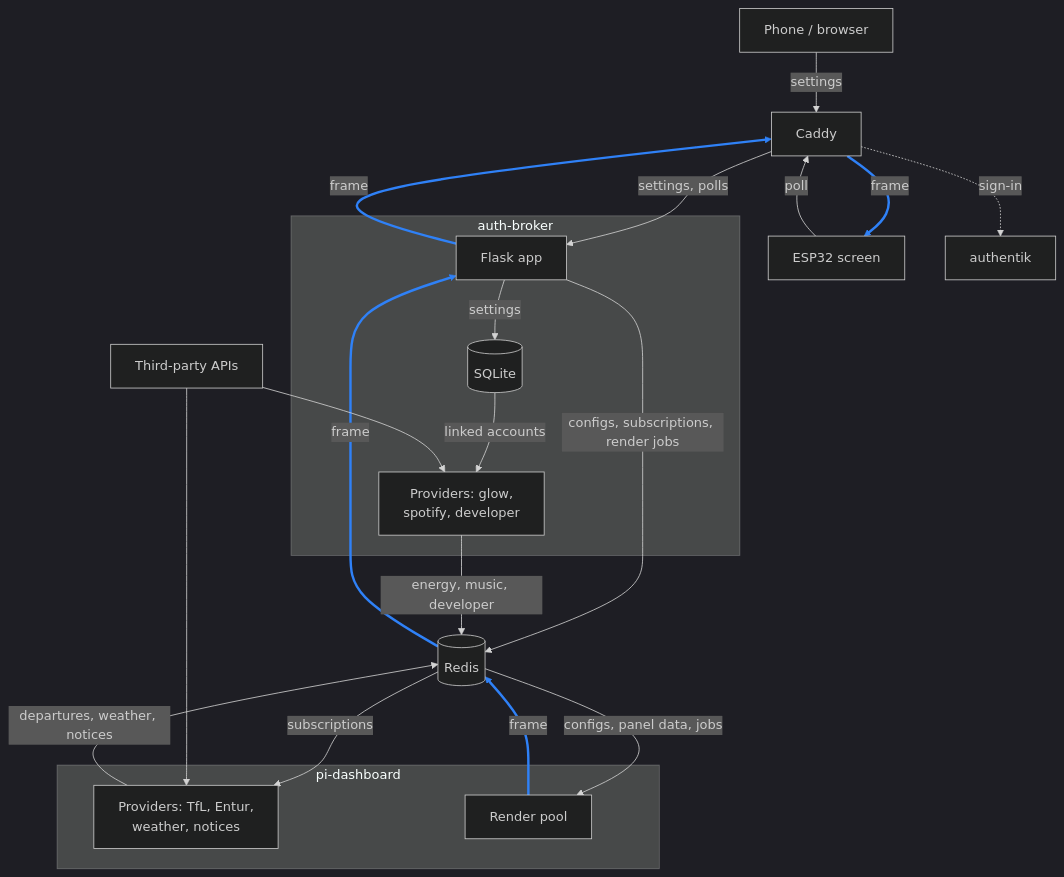
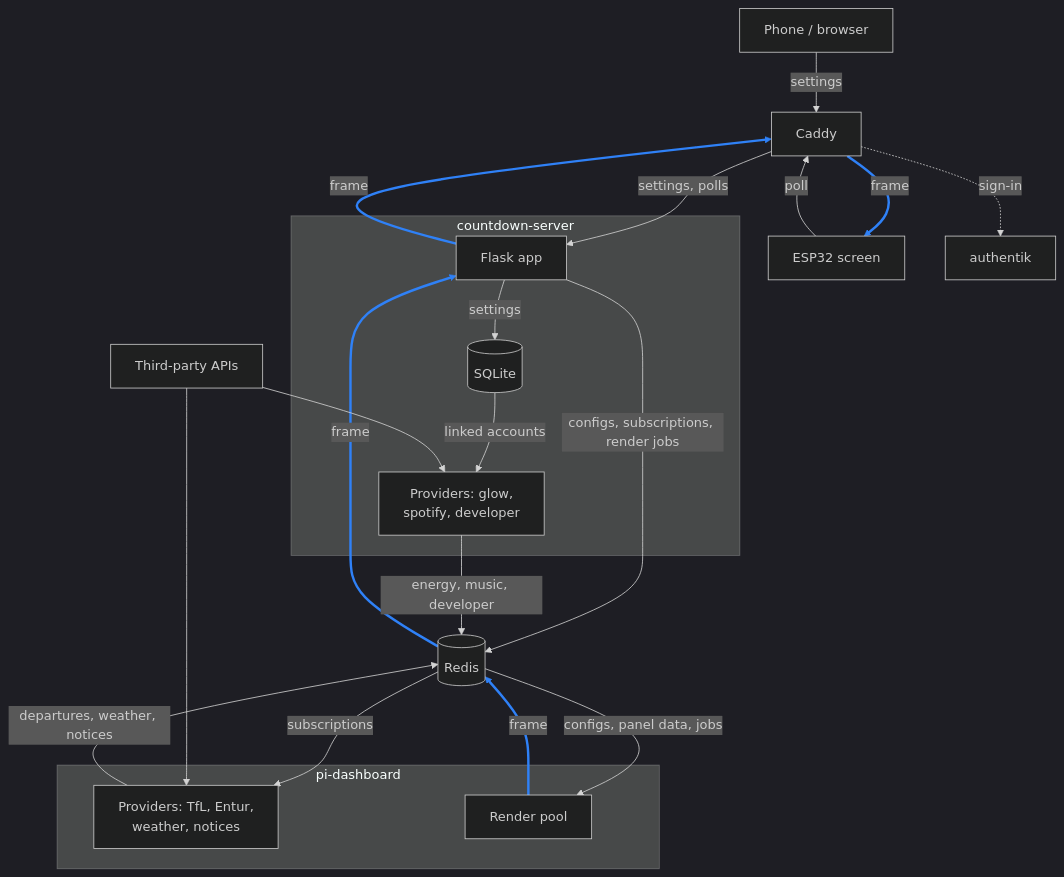
Before and after one commit to nvorkinn/auth-broker: the first of 6 diagrams in docs/architecture.md, drawn with Mermaid (dark theme). The commit also changed other lines of this file and 15 other files, not shown here.

First line of the commit message:
Rename the project to countdown-server

````diff
--- a/docs/architecture.md
+++ b/docs/architecture.md
@@ -26,38 +26,38 @@
 ```mermaid
 flowchart TB
     PH["Phone / browser"]
     ESP["ESP32 screen"]
     CD["Caddy"]
     AK["authentik"]
-    subgraph broker["auth-broker"]
+    subgraph broker["countdown-server"]
         BR["Flask app"]
         DB[("SQLite")]
         BP["Providers: glow,<br/>spotify, developer"]
     end
     RD[("Redis")]
     subgraph pid["pi-dashboard"]
         PP["Providers: TfL, Entur,<br/>weather, notices"]
         RP["Render pool"]
     end
     API["Third-party APIs"]
 
     PH -- "settings" --> CD
     CD -. "sign-in" .-> AK
     ESP -- "poll" --> CD
     CD -- "frame" --> ESP
     CD -- "settings, polls" --> BR
     BR -- "frame" --> CD
     BR -- "settings" --> DB
     DB -- "linked accounts" --> BP
     BR -- "configs, subscriptions, render jobs" --> RD
     RD -- "frame" --> BR
     BP -- "energy, music, developer" --> RD
     RD -- "subscriptions" --> PP
     PP -- "departures, weather, notices" --> RD
     RD -- "configs, panel data, jobs" --> RP
     RP -- "frame" --> RD
     API --> BP
     API --> PP
 
     linkStyle 3,5,9,14 stroke:#2f81f7,stroke-width:3px
 ```
````
